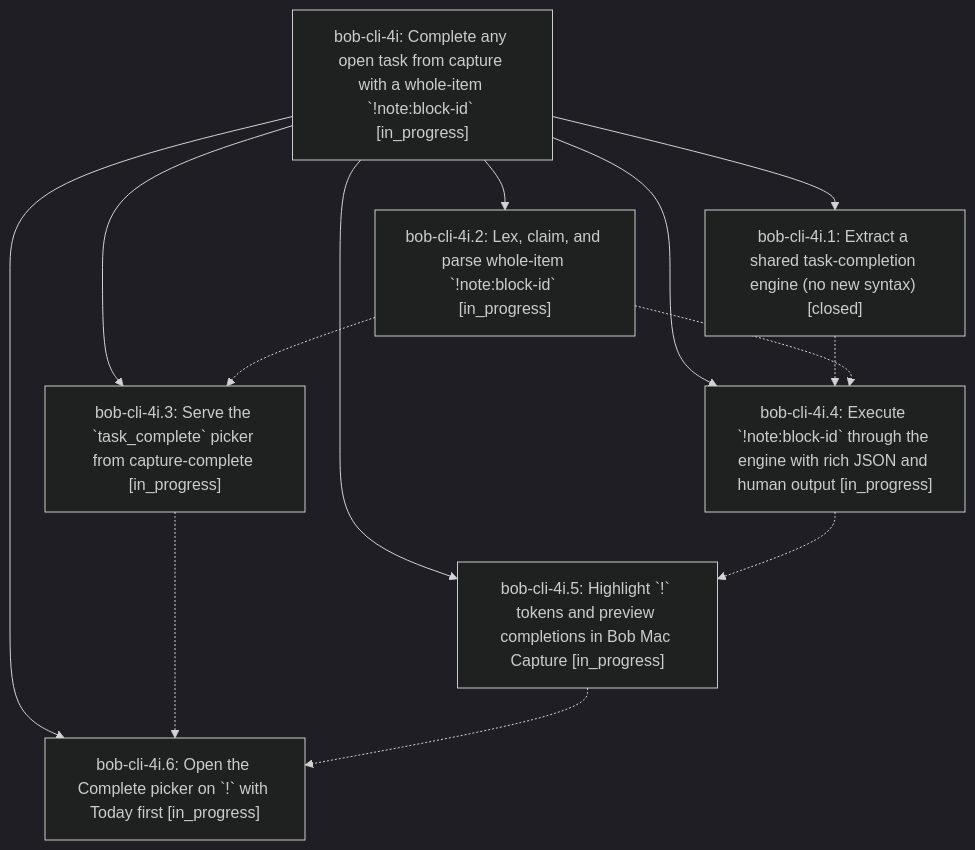
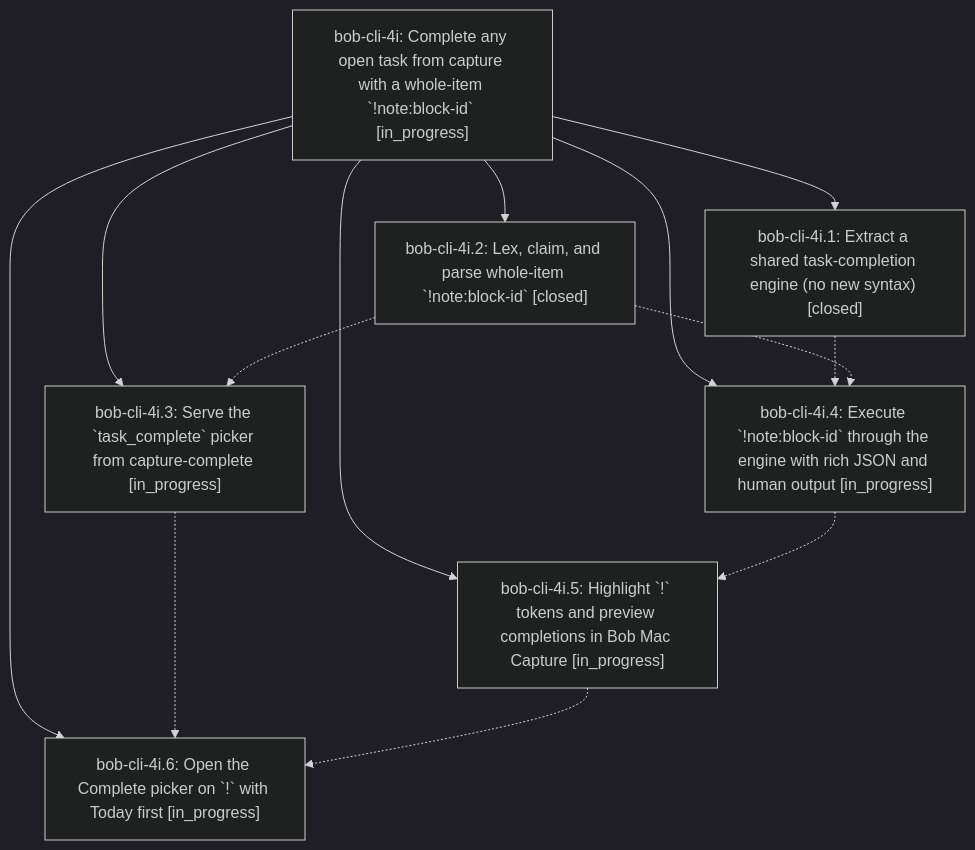
One commit to bobs-org/bob-cli--beads changed the diagram in pages/bob-cli-4i/README.md. Above: the diagram before and after it, drawn with Mermaid (dark theme). The commit also changed other lines of this file and 3 other files, not shown here.

First line of the commit message:
chore(beads): sync bead state and pages for bob-cli-4i

````diff
--- a/pages/bob-cli-4i/README.md
+++ b/pages/bob-cli-4i/README.md
@@ -27,22 +27,22 @@
 ```mermaid
 flowchart TD
     n0["bob-cli-4i: Complete any open task from capture with a whole-item `!note:block-id` [in_progress]"]
     n1["bob-cli-4i.1: Extract a shared task-completion engine (no new syntax) [closed]"]
-    n2["bob-cli-4i.2: Lex, claim, and parse whole-item `!note:block-id` [in_progress]"]
+    n2["bob-cli-4i.2: Lex, claim, and parse whole-item `!note:block-id` [closed]"]
     n3["bob-cli-4i.3: Serve the `task_complete` picker from capture-complete [in_progress]"]
     n4["bob-cli-4i.4: Execute `!note:block-id` through the engine with rich JSON and human output [in_progress]"]
     n5["bob-cli-4i.5: Highlight `!` tokens and preview completions in Bob Mac Capture [in_progress]"]
     n6["bob-cli-4i.6: Open the Complete picker on `!` with Today first [in_progress]"]
     n0 --> n1
     n0 --> n2
     n0 --> n3
     n0 --> n4
     n0 --> n5
     n0 --> n6
     n1 -.-> n4
     n2 -.-> n3
     n2 -.-> n4
     n3 -.-> n6
     n4 -.-> n5
     n5 -.-> n6
 ```
````
